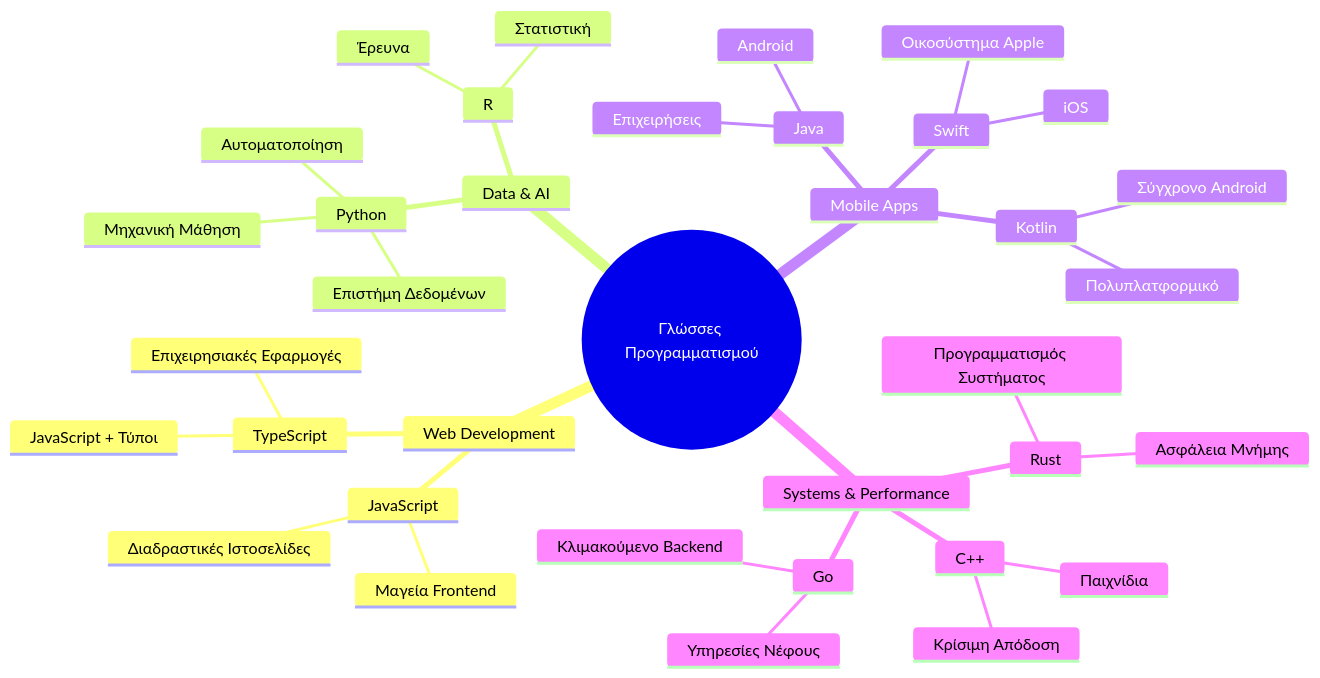
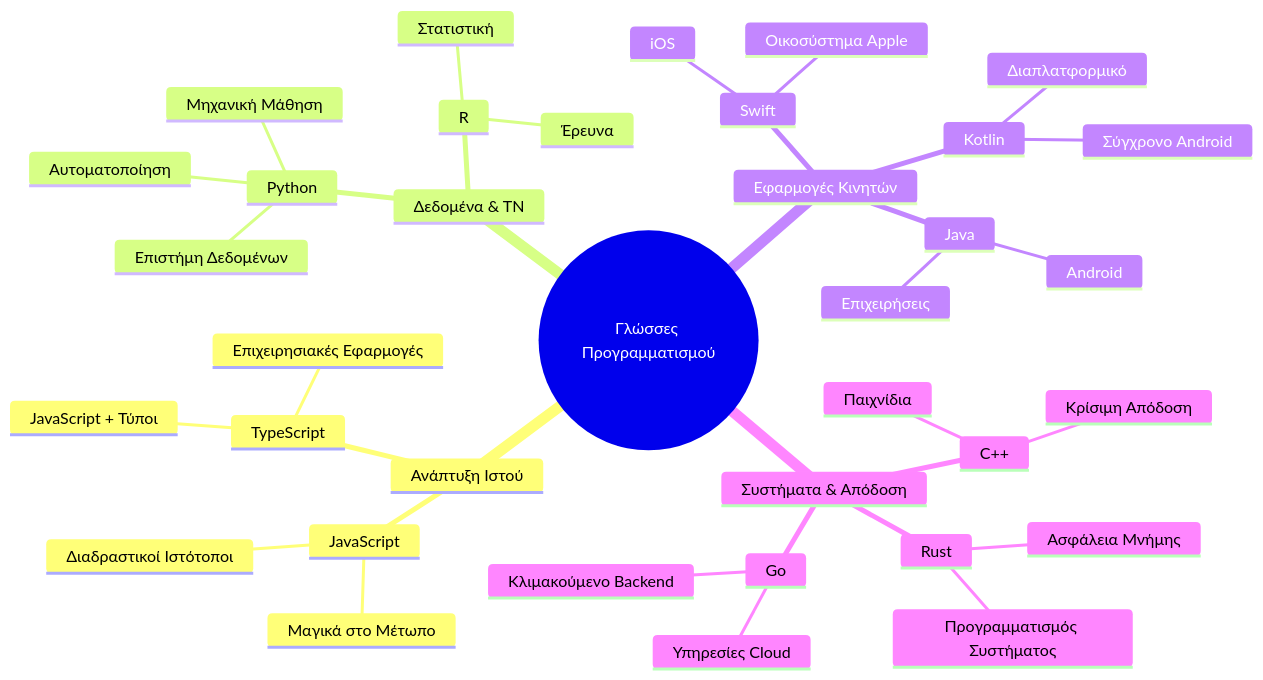
One commit to microsoft/Web-Dev-For-Beginners changed the second of 7 diagrams in translations/el/1-getting-started-lessons/1-intro-to-programming-languages/README.md. Above: the diagram before and after it, drawn with Mermaid. The commit also changed other lines of this file and 8 other files, not shown here.

````diff
--- a/translations/el/1-getting-started-lessons/1-intro-to-programming-languages/README.md
+++ b/translations/el/1-getting-started-lessons/1-intro-to-programming-languages/README.md
@@ -85,39 +85,39 @@
 ```mermaid
 mindmap
   root((Γλώσσες Προγραμματισμού))
-    Web Development
+    Ανάπτυξη Ιστού
       JavaScript
-        Μαγεία Frontend
-        Διαδραστικές Ιστοσελίδες
+        Μαγικά στο Μέτωπο
+        Διαδραστικοί Ιστότοποι
       TypeScript
         JavaScript + Τύποι
         Επιχειρησιακές Εφαρμογές
-    Data & AI
+    Δεδομένα & ΤΝ
       Python
         Επιστήμη Δεδομένων
         Μηχανική Μάθηση
         Αυτοματοποίηση
       R
         Στατιστική
         Έρευνα
-    Mobile Apps
+    Εφαρμογές Κινητών
       Java
         Android
         Επιχειρήσεις
       Swift
         iOS
         Οικοσύστημα Apple
       Kotlin
         Σύγχρονο Android
-        Πολυπλατφορμικό
-    Systems & Performance
+        Διαπλατφορμικό
+    Συστήματα & Απόδοση
       C++
         Παιχνίδια
         Κρίσιμη Απόδοση
       Rust
         Ασφάλεια Μνήμης
         Προγραμματισμός Συστήματος
       Go
-        Υπηρεσίες Νέφους
+        Υπηρεσίες Cloud
         Κλιμακούμενο Backend
 ```
````
